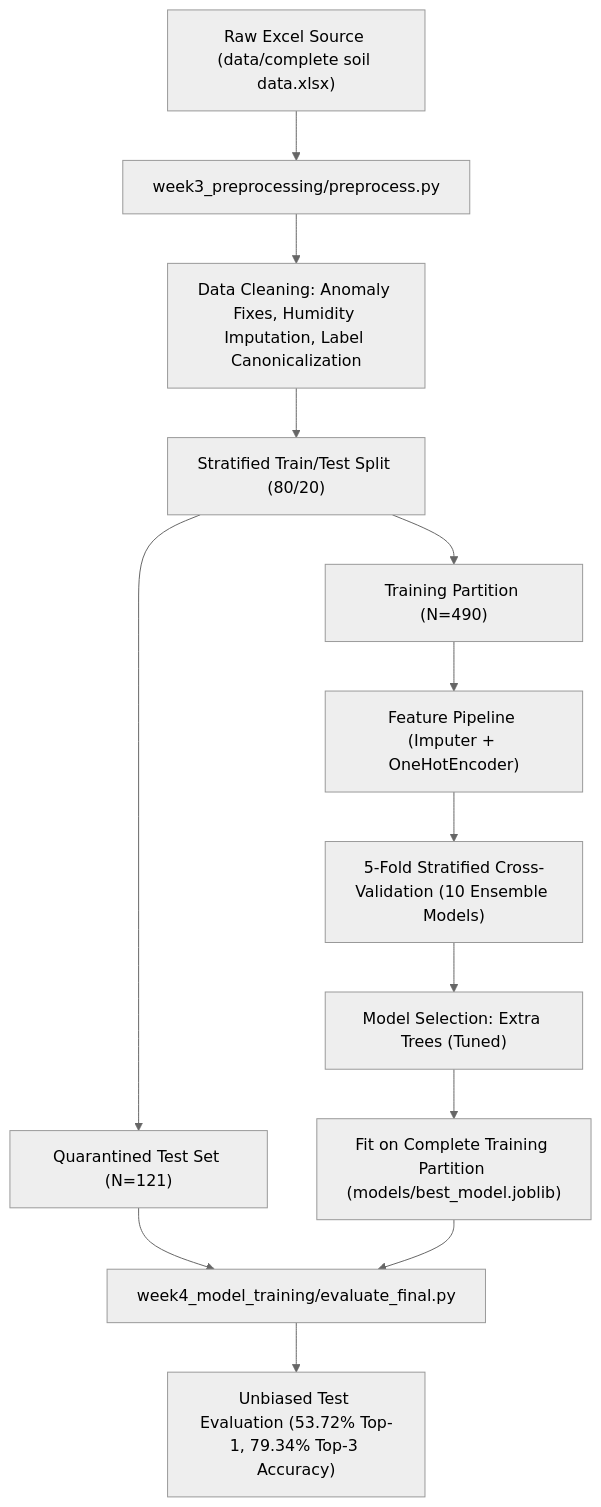
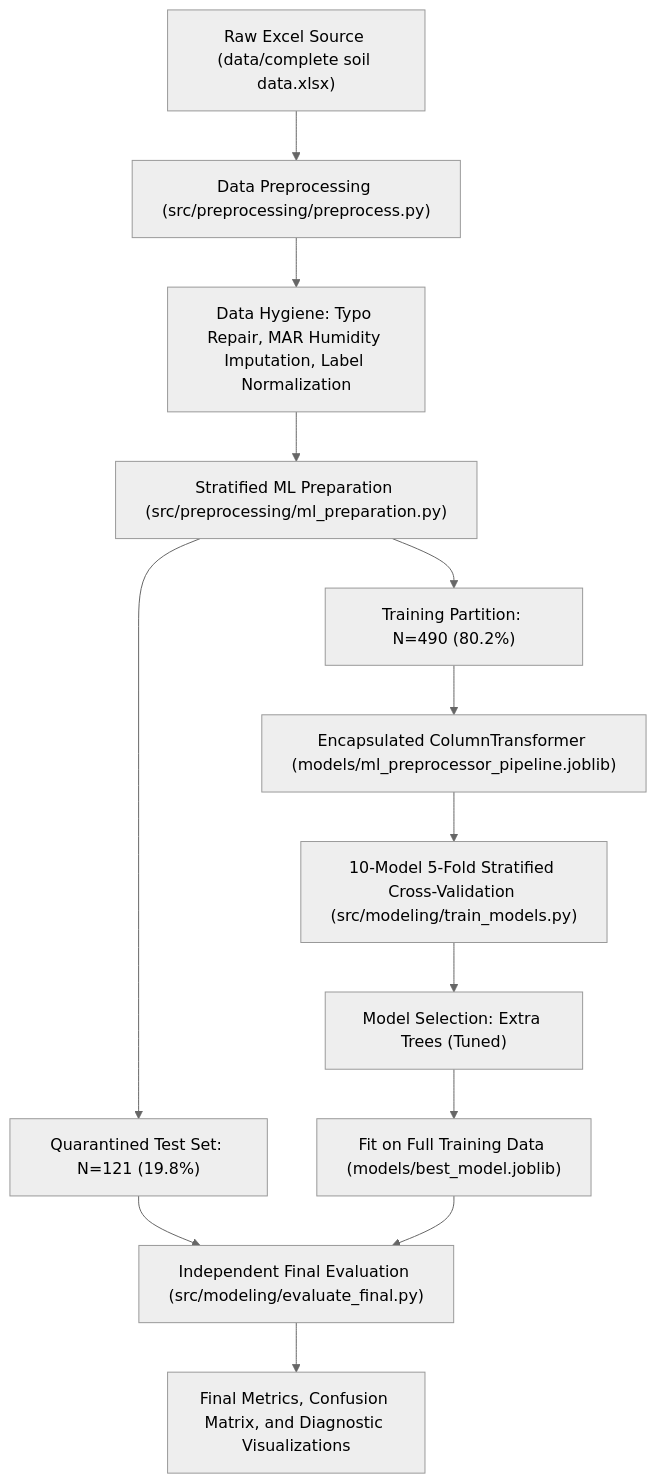
One commit to apoorva14-unique/CropRecommendationEnsemble changed the diagram in README.md. Above: the diagram before and after it, drawn with Mermaid (neutral theme). The commit also changed other lines of this file and 17 other files, not shown here.

````diff
--- a/README.md
+++ b/README.md
@@ -35,15 +201,15 @@
 ```mermaid
 flowchart TD
-    A["Raw Excel Source (data/complete soil data.xlsx)"] --> B["week3_preprocessing/preprocess.py"]
-    B --> C["Data Cleaning: Anomaly Fixes, Humidity Imputation, Label Canonicalization"]
-    C --> D["Stratified Train/Test Split (80/20)"]
-    D --> E["Training Partition (N=490)"]
-    D --> F["Quarantined Test Set (N=121)"]
-    E --> G["Feature Pipeline (Imputer + OneHotEncoder)"]
-    G --> H["5-Fold Stratified Cross-Validation (10 Ensemble Models)"]
+    A["Raw Excel Source (data/complete soil data.xlsx)"] --> B["Data Preprocessing (src/preprocessing/preprocess.py)"]
+    B --> C["Data Hygiene: Typo Repair, MAR Humidity Imputation, Label Normalization"]
+    C --> D["Stratified ML Preparation (src/preprocessing/ml_preparation.py)"]
+    D --> E["Training Partition: N=490 (80.2%)"]
+    D --> F["Quarantined Test Set: N=121 (19.8%)"]
+    E --> G["Encapsulated ColumnTransformer (models/ml_preprocessor_pipeline.joblib)"]
+    G --> H["10-Model 5-Fold Stratified Cross-Validation (src/modeling/train_models.py)"]
     H --> I["Model Selection: Extra Trees (Tuned)"]
-    I --> J["Fit on Complete Training Partition (models/best_model.joblib)"]
-    F --> K["week4_model_training/evaluate_final.py"]
+    I --> J["Fit on Full Training Data (models/best_model.joblib)"]
+    F --> K["Independent Final Evaluation (src/modeling/evaluate_final.py)"]
     J --> K
-    K --> L["Unbiased Test Evaluation (53.72% Top-1, 79.34% Top-3 Accuracy)"]
+    K --> L["Final Metrics, Confusion Matrix, and Diagnostic Visualizations"]
 ```
````
